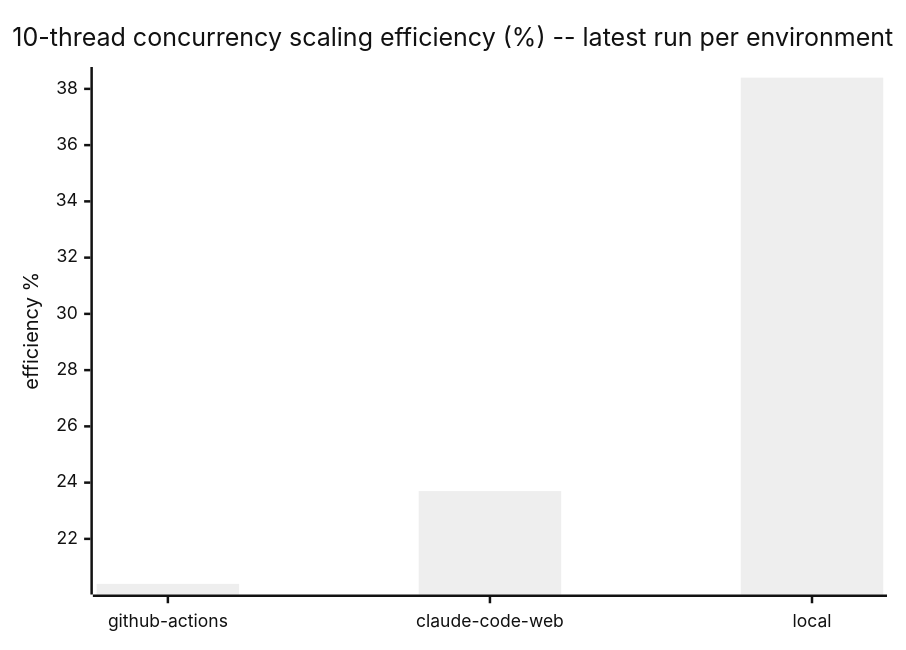
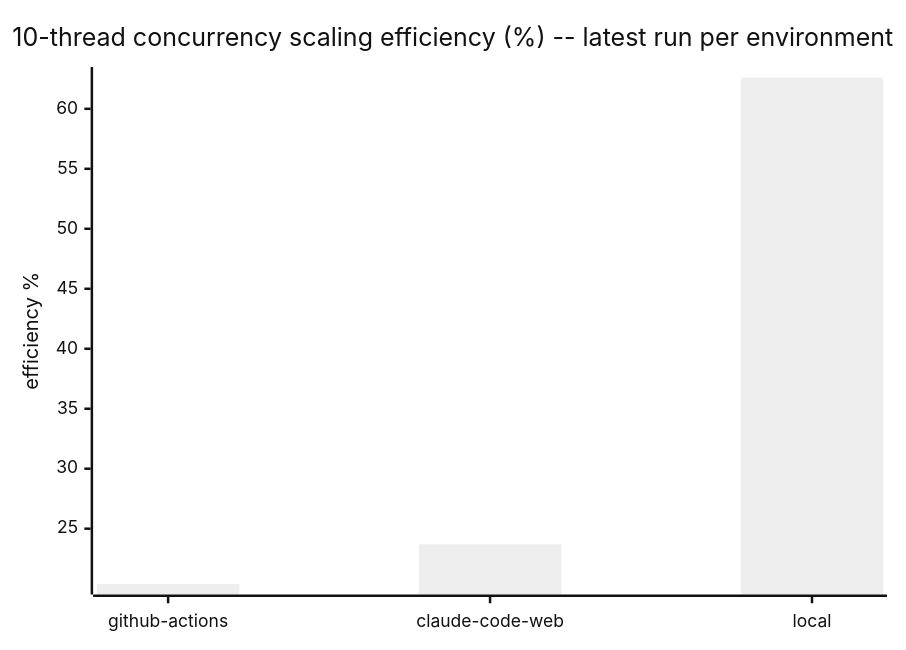
Before and after one commit to cpb/duckling: the fifth of 5 diagrams in docs/benchmarks/README.md, drawn with Mermaid (neutral theme). The commit also changed other lines of this file and 3 other files, not shown here.

````diff
--- a/docs/benchmarks/README.md
+++ b/docs/benchmarks/README.md
@@ -143,7 +143,7 @@
 ```mermaid
 xychart-beta
     title "10-thread concurrency scaling efficiency (%) -- latest run per environment"
     x-axis [github-actions, claude-code-web, local]
     y-axis "efficiency %"
-    bar "efficiency_pct" [20.4, 23.7, 38.4]
+    bar "efficiency_pct" [20.4, 23.7, 62.6]
 ```
````
